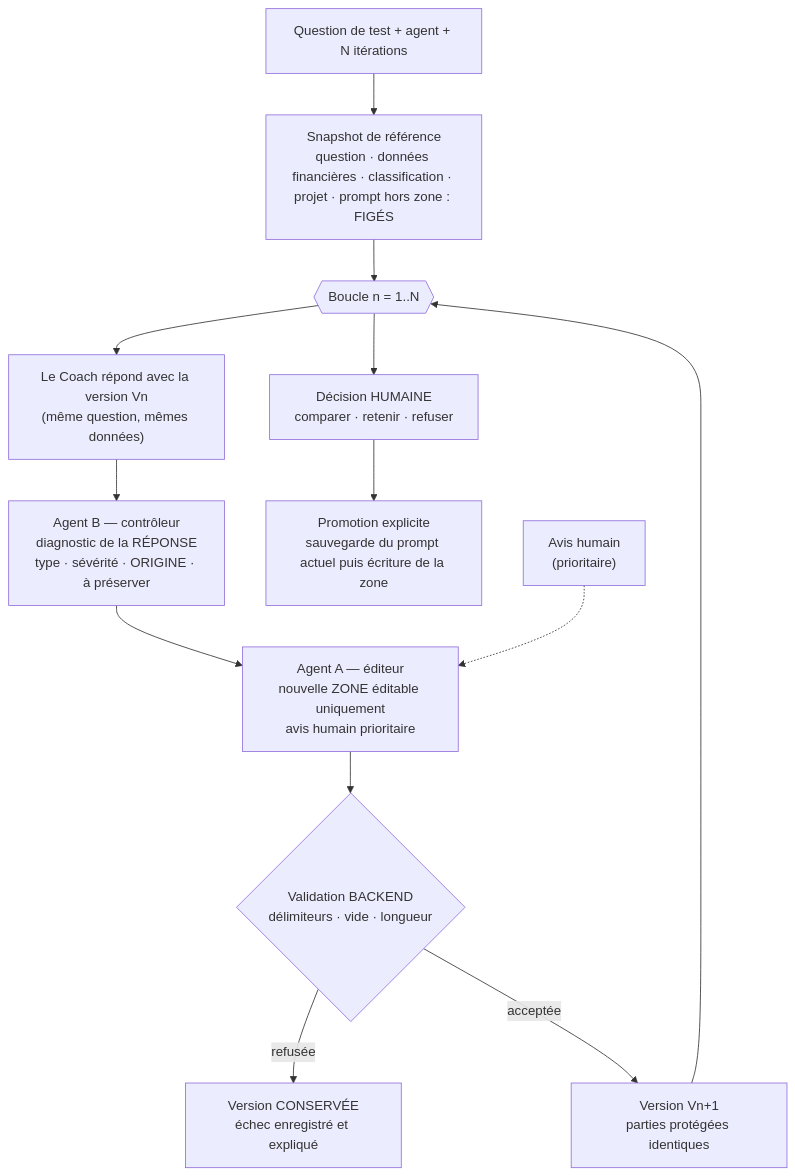
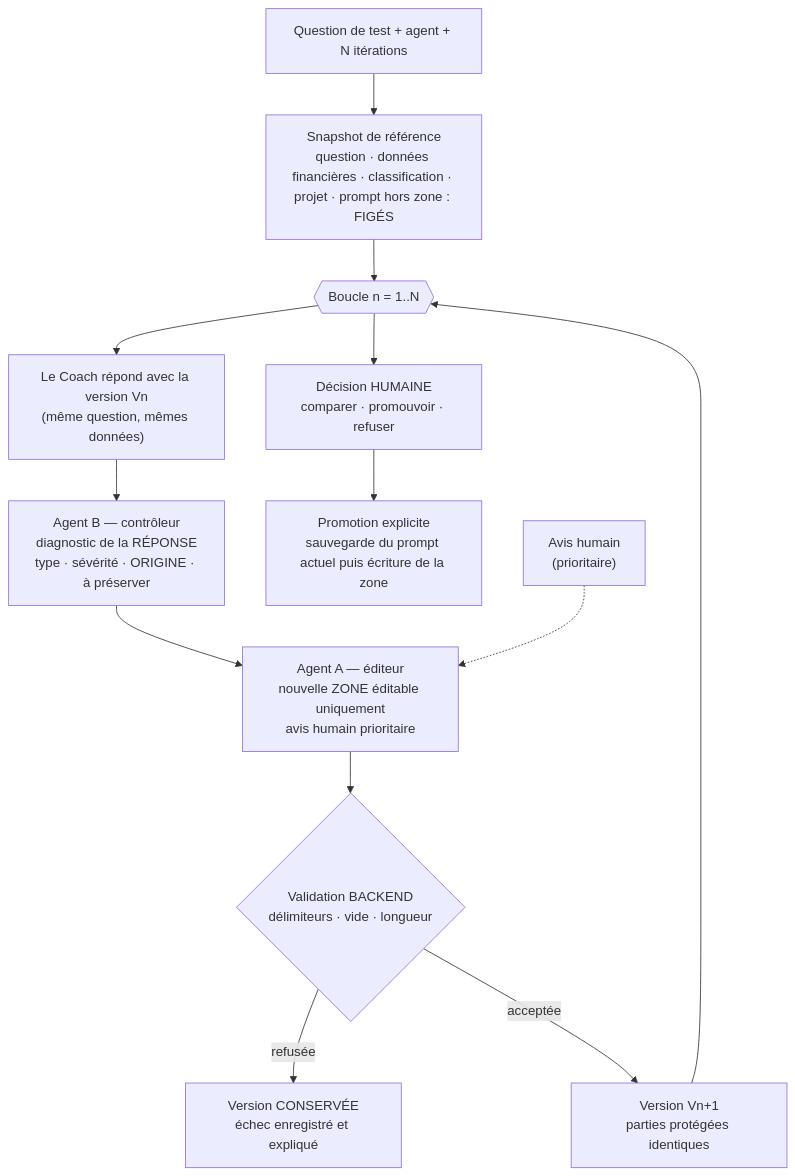
Before and after one commit to gamer2000fr-coder/financial-coach: the seventh of 7 diagrams in docs/flux-architectural.md, drawn with Mermaid. The commit also changed 40 other files, not shown here.

````diff
--- a/docs/flux-architectural.md
+++ b/docs/flux-architectural.md
@@ -284,15 +284,15 @@
 ```mermaid
 flowchart TD
     Q["Question de test + agent + N itérations"] --> SNAP["Snapshot de référence<br/>question · données financières · classification · projet · prompt hors zone : FIGÉS"]
     SNAP --> LOOP{{"Boucle n = 1..N"}}
     LOOP --> COACH["Le Coach répond avec la version Vn<br/>(même question, mêmes données)"]
     COACH --> B["Agent B — contrôleur<br/>diagnostic de la RÉPONSE<br/>type · sévérité · ORIGINE · à préserver"]
     B --> A["Agent A — éditeur<br/>nouvelle ZONE éditable uniquement<br/>avis humain prioritaire"]
     A --> VAL{"Validation BACKEND<br/>délimiteurs · vide · longueur"}
     VAL -- refusée --> KEEP["Version CONSERVÉE<br/>échec enregistré et expliqué"]
     VAL -- acceptée --> VN["Version Vn+1<br/>parties protégées identiques"]
     VN --> LOOP
-    LOOP --> DEC["Décision HUMAINE<br/>comparer · retenir · refuser"]
+    LOOP --> DEC["Décision HUMAINE<br/>comparer · promouvoir · refuser"]
     DEC --> PROMO["Promotion explicite<br/>sauvegarde du prompt actuel puis écriture de la zone"]
     HUMAN["Avis humain<br/>(prioritaire)"] -.-> A
 ```
````
